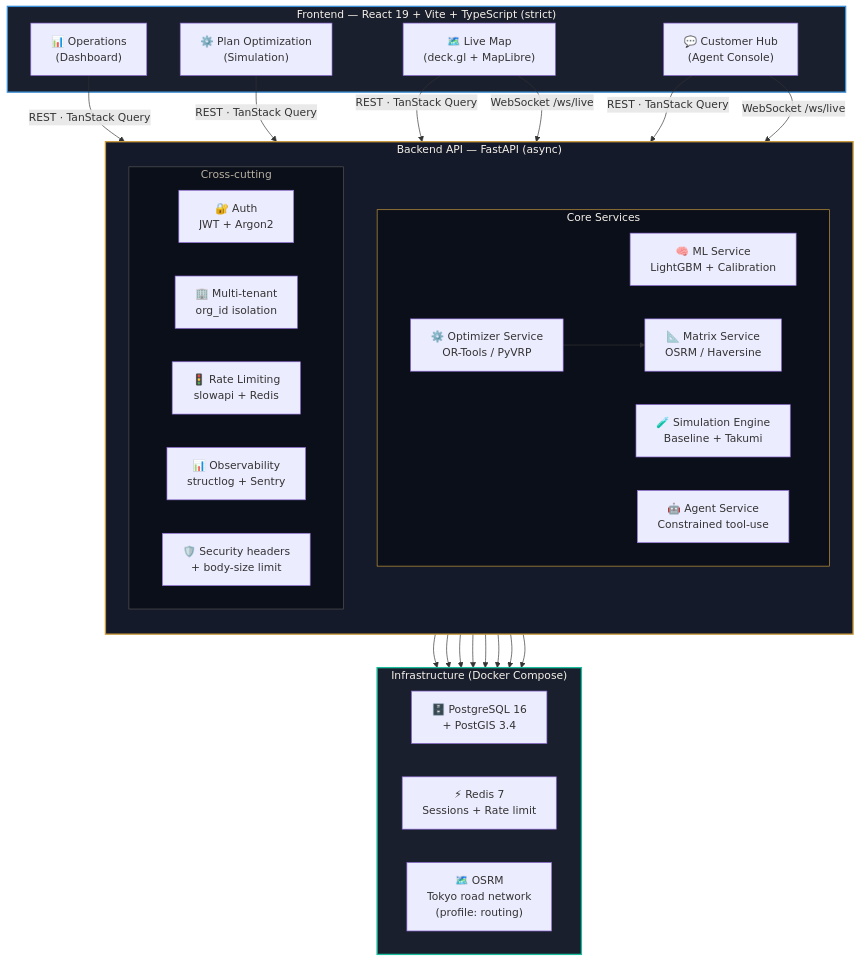
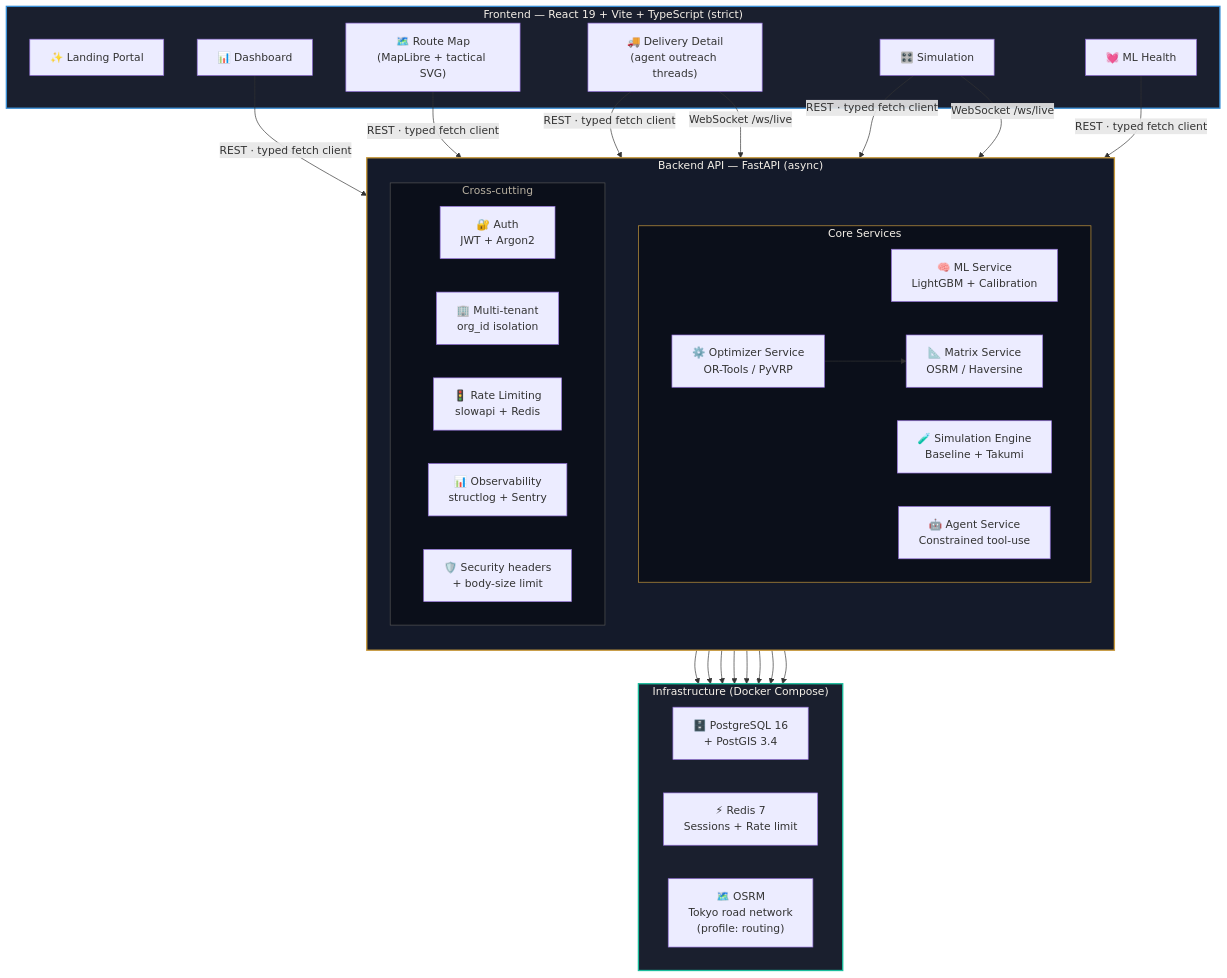
The fifth of 14 diagrams in README.md (lobezno16/Takumi), drawn with Mermaid before and after one commit. The commit also changed other lines of this file and 51 other files, not shown here.

````diff
--- a/README.md
+++ b/README.md
@@ -315,56 +315,58 @@
 ```mermaid
 graph TB
     subgraph frontend["Frontend — React 19 + Vite + TypeScript (strict)"]
-        FE1["📊 Operations<br/>(Dashboard)"]
-        FE2["⚙️ Plan Optimization<br/>(Simulation)"]
-        FE3["🗺️ Live Map<br/>(deck.gl + MapLibre)"]
-        FE4["💬 Customer Hub<br/>(Agent Console)"]
+        FE0["✨ Landing Portal"]
+        FE1["📊 Dashboard"]
+        FE2["🗺️ Route Map<br/>(MapLibre + tactical SVG)"]
+        FE3["🚚 Delivery Detail<br/>(agent outreach threads)"]
+        FE4["🎛️ Simulation"]
+        FE5["💓 ML Health"]
     end
 
     subgraph api["Backend API — FastAPI (async)"]
         direction TB
         subgraph services["Core Services"]
             direction LR
             SVC_ML["🧠 ML Service<br/>LightGBM + Calibration"]
             SVC_OPT["⚙️ Optimizer Service<br/>OR-Tools / PyVRP"]
             SVC_SIM["🧪 Simulation Engine<br/>Baseline + Takumi"]
             SVC_AGT["🤖 Agent Service<br/>Constrained tool-use"]
             SVC_MTX["📐 Matrix Service<br/>OSRM / Haversine"]
         end
 
         subgraph middleware["Cross-cutting"]
             direction LR
             AUTH["🔐 Auth<br/>JWT + Argon2"]
             TENANT["🏢 Multi-tenant<br/>org_id isolation"]
             RATE["🚦 Rate Limiting<br/>slowapi + Redis"]
             OBS["📊 Observability<br/>structlog + Sentry"]
             HDR["🛡️ Security headers<br/>+ body-size limit"]
         end
     end
 
     subgraph infra["Infrastructure (Docker Compose)"]
         direction LR
         PG["🗄️ PostgreSQL 16<br/>+ PostGIS 3.4"]
         REDIS["⚡ Redis 7<br/>Sessions + Rate limit"]
         OSRM["🗺️ OSRM<br/>Tokyo road network<br/>(profile: routing)"]
     end
 
-    FE1 & FE2 & FE3 & FE4 -->|"REST · TanStack Query"| api
+    FE1 & FE2 & FE3 & FE4 & FE5 -->|"REST · typed fetch client"| api
     FE3 & FE4 -->|"WebSocket /ws/live"| api
 
     SVC_ML --> PG
     SVC_OPT --> SVC_MTX
     SVC_MTX --> OSRM
     SVC_OPT --> PG
     SVC_SIM --> PG
     SVC_AGT --> PG
     AUTH --> PG
     RATE --> REDIS
     SVC_AGT --> REDIS
 
     style frontend fill:#1a1f2e,stroke:#3a8fd6,color:#f5f0e8,stroke-width:2px
     style api fill:#141a2a,stroke:#c99a3c,color:#f5f0e8,stroke-width:2px
     style services fill:#0b0f1a,stroke:#c99a3c,color:#f5f0e8
     style middleware fill:#0b0f1a,stroke:#555,color:#b8b0a0
     style infra fill:#1a1f2e,stroke:#1abc9c,color:#f5f0e8,stroke-width:2px
 ```
````
